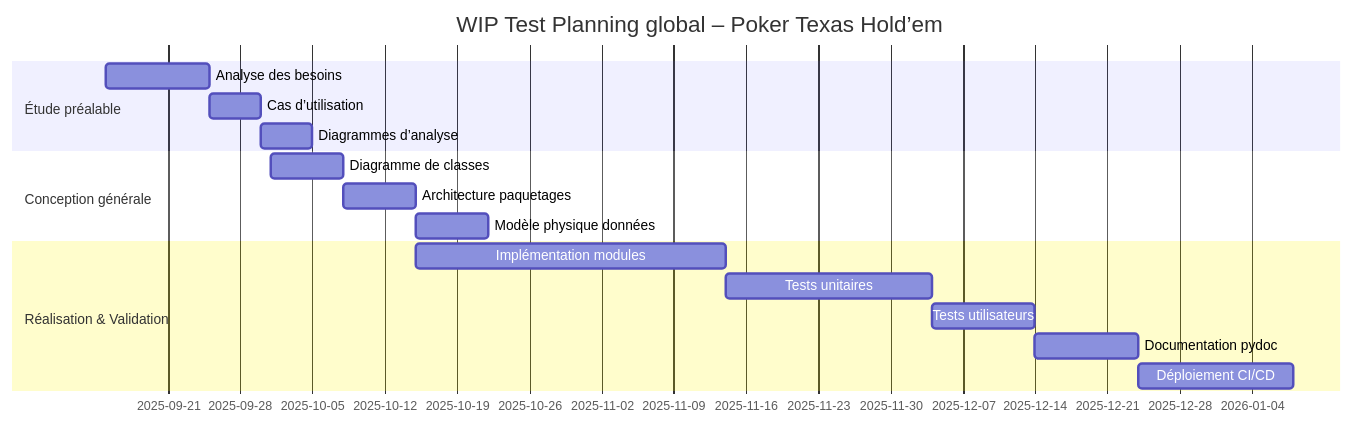
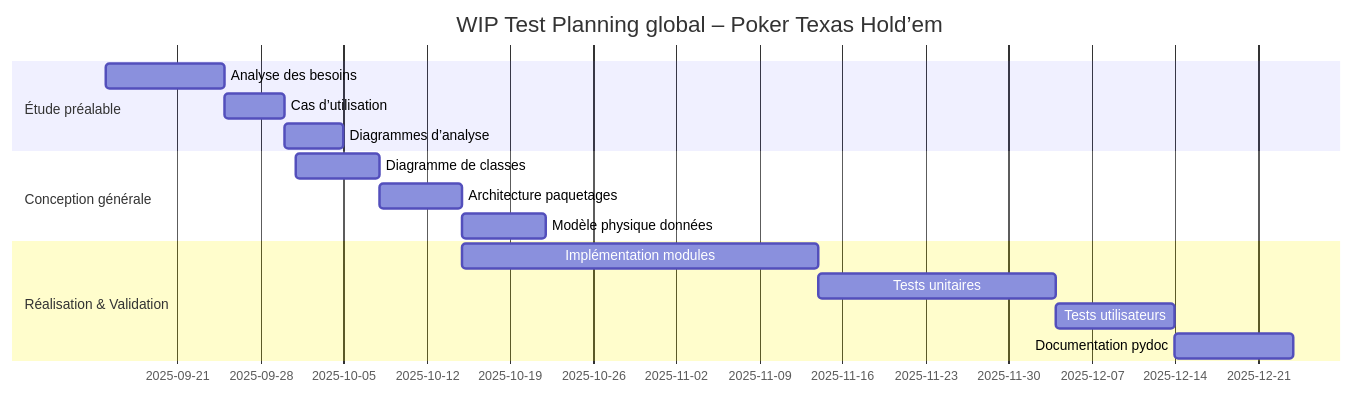
Before and after one commit to ArthurD19/ENSAI-2A-projet-info-groupe-9: the second of 2 diagrams in doc/diag_classes.md, drawn with Mermaid. The commit also changed other lines of this file and 1 other file, not shown here.

````diff
--- a/doc/diag_classes.md
+++ b/doc/diag_classes.md
@@ -130,19 +111,18 @@
 ```mermaid
 gantt
     title WIP Test Planning global – Poker Texas Hold’em
     dateFormat  YYYY-MM-DD
     section Étude préalable
       Analyse des besoins       :a1, 2025-09-15, 10d
       Cas d’utilisation        :after a1, 5d
       Diagrammes d’analyse     :5d
     section Conception générale
       Diagramme de classes     :2025-10-01, 7d
       Architecture paquetages  :7d
       Modèle physique données  :7d
     section Réalisation & Validation
       Implémentation modules   :2025-10-15, 30d
       Tests unitaires          :20d
       Tests utilisateurs       :10d
       Documentation pydoc      :10d
-      Déploiement CI/CD        :15d
 ```
````
